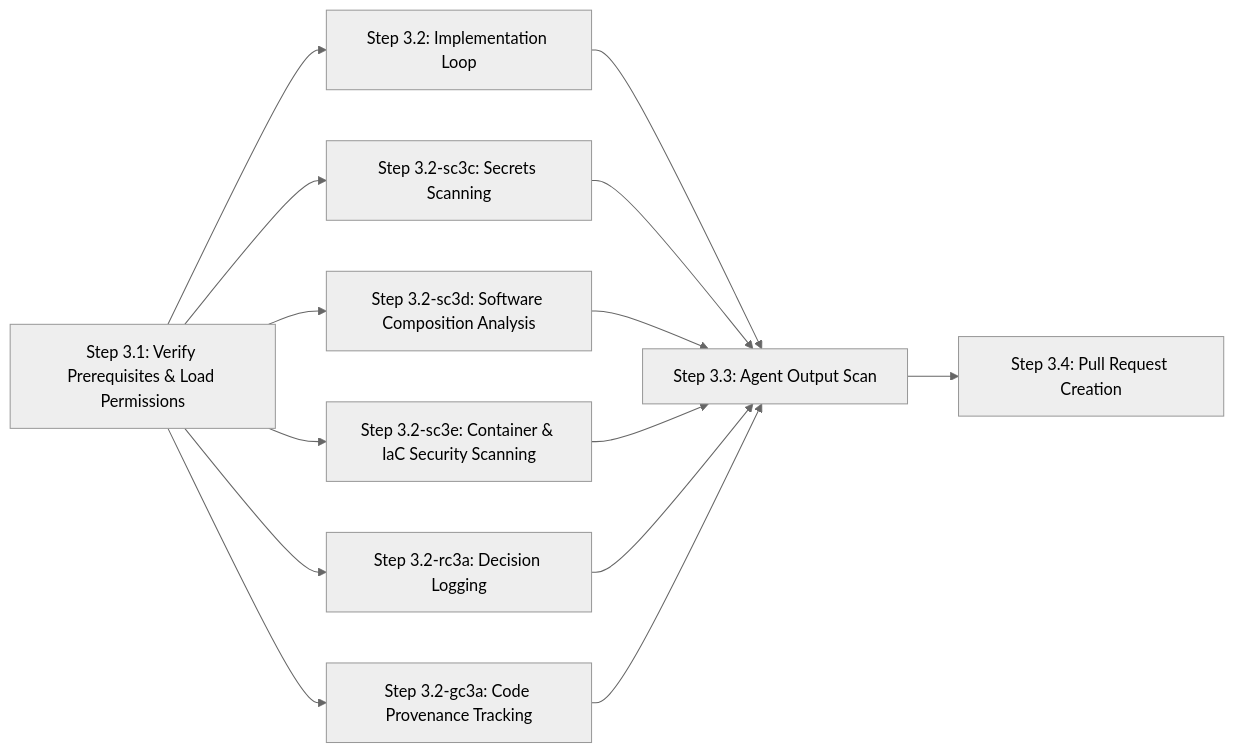
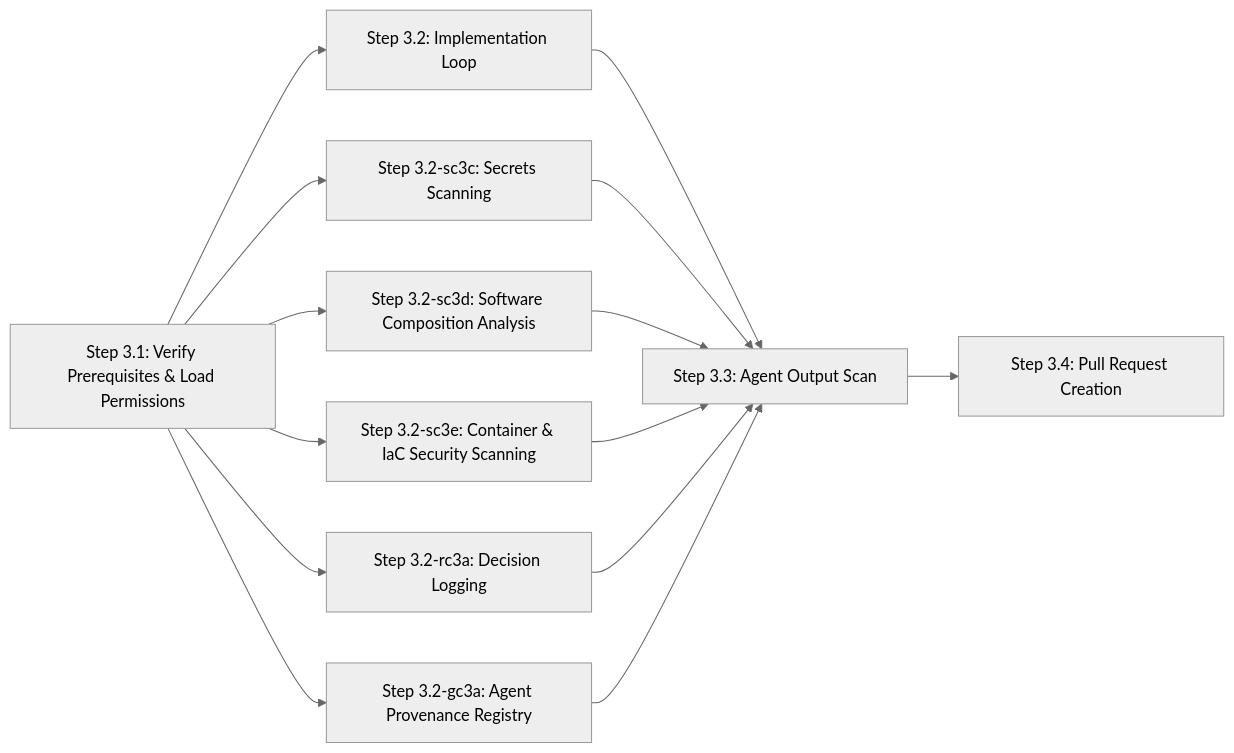
Before and after one commit to jvanheerikhuize/a-sdlc: the diagram in stages/03-coding-implementation/README.md, drawn with Mermaid (neutral theme). The commit also changed other lines of this file and 37 other files, not shown here.

First line of the commit message:
Merge GC-06 (Code Provenance Tracking) into GC-03 (Agent Provenance Registry)

````diff
--- a/stages/03-coding-implementation/README.md
+++ b/stages/03-coding-implementation/README.md
@@ -42,25 +42,25 @@
 ```mermaid
 graph LR
   n-sc3a["Step 3.1: Verify Prerequisites & Load Permissions"]
   n-qc3b["Step 3.2: Implementation Loop"]
   n-sc3c["Step 3.2-sc3c: Secrets Scanning"]
   n-sc3d["Step 3.2-sc3d: Software Composition Analysis"]
   n-sc3e["Step 3.2-sc3e: Container & IaC Security Scanning"]
   n-rc3a["Step 3.2-rc3a: Decision Logging"]
-  n-gc3a["Step 3.2-gc3a: Code Provenance Tracking"]
+  n-gc3a["Step 3.2-gc3a: Agent Provenance Registry"]
   n-sc3b["Step 3.3: Agent Output Scan"]
   n-qc3a["Step 3.4: Pull Request Creation"]
   n-sc3a --> n-qc3b
   n-sc3a --> n-sc3c
   n-sc3a --> n-sc3d
   n-sc3a --> n-sc3e
   n-sc3a --> n-rc3a
   n-sc3a --> n-gc3a
   n-qc3b --> n-sc3b
   n-sc3c --> n-sc3b
   n-sc3d --> n-sc3b
   n-sc3e --> n-sc3b
   n-rc3a --> n-sc3b
   n-gc3a --> n-sc3b
   n-sc3b --> n-qc3a
 ```
````
